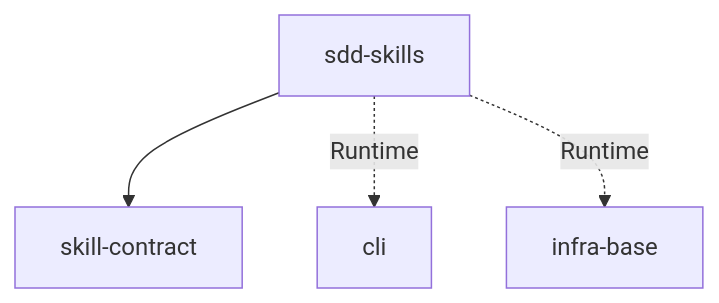
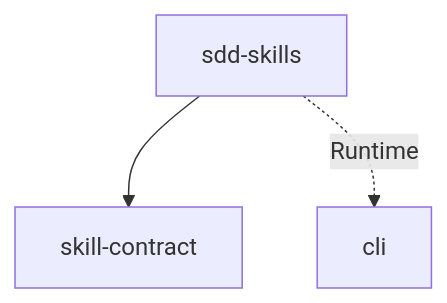
Before and after one commit to RubaXa/gennady: the diagram in specs/ai-skills/sdd-skills/sdd-skills.spec.md, drawn with Mermaid. The commit also changed other lines of this file and 226 other files, not shown here.

Commit message:
fix(sdd): simplify v2 flow and add intellectual eval

````diff
--- a/specs/ai-skills/sdd-skills/sdd-skills.spec.md
+++ b/specs/ai-skills/sdd-skills/sdd-skills.spec.md
@@ -264,6 +242,5 @@
 ```mermaid
 graph TD
     sdd-skills --> skill-contract
     sdd-skills -. Runtime .-> cli
-    sdd-skills -. Runtime .-> infra-base
 ```
````
